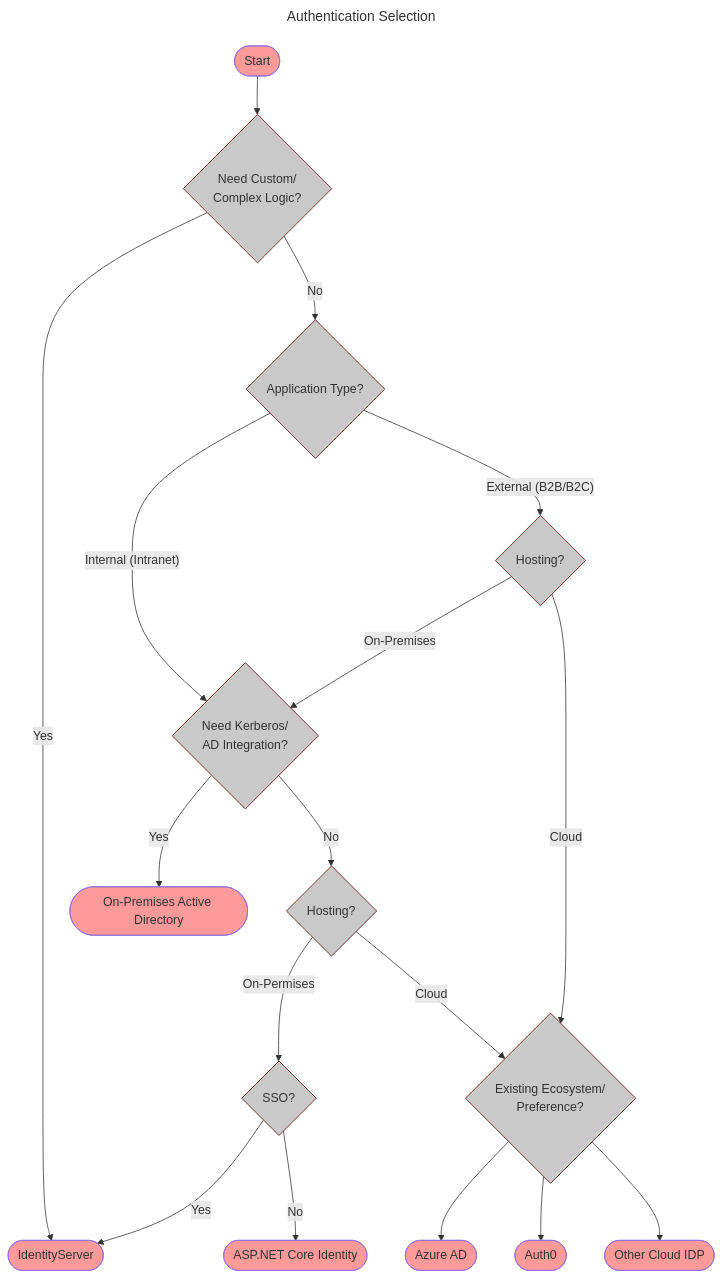
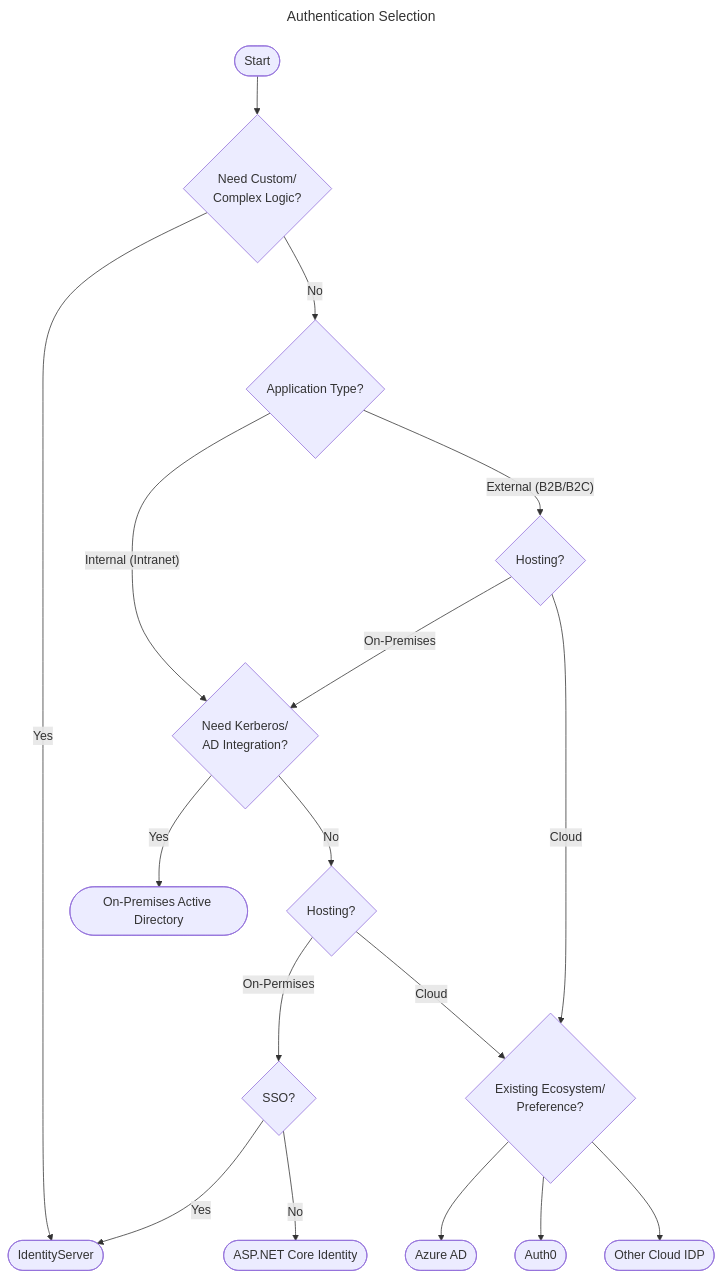
The tenth of 10 diagrams in rules/test-2/rule.md (yaqi-lyu/SSW.Rules.Content), drawn with Mermaid before and after one commit.

````diff
--- a/rules/test-2/rule.md
+++ b/rules/test-2/rule.md
@@ -125,46 +125,31 @@
 ```mermaid
 ---
 type: diagram
 title: "Authentication Selection"
 ---
 flowchart
 
  Start(["Start"]) --> CustomLogic{"Need Custom/\nComplex Logic?"}
  
  CustomLogic -->|"Yes"| IdentityServer(["IdentityServer"])
  CustomLogic -->|"No"| AppType{"Application Type?"}
  
  AppType -->|"Internal (Intranet)"| Kerberos{"Need Kerberos/\nAD Integration?"}
  AppType -->|"External (B2B/B2C)"| Hosting{"Hosting?"}
  
  KerberosHosting{"Hosting?"} -->|"On-Permises"| SingleApp{"SSO?"}
  KerberosHosting -->|"Cloud"| Ecosystem{"Existing Ecosystem/\nPreference?"}
  
  Kerberos -->|"No"| KerberosHosting
  Kerberos -->|"Yes"| OnPremAD(["On-Premises Active Directory"])
  
  Hosting -->|"On-Premises"| Kerberos
  Hosting -->|"Cloud"| Ecosystem
 
  Ecosystem --> Azure(["Azure AD"])
  Ecosystem --> Auth0(["Auth0"])
  Ecosystem --> OtherIDP(["Other Cloud IDP"]) 
  
  SingleApp -->|"Yes"| IdentityServer
  SingleApp -->|"No"| NETCORE(["ASP.NET Core Identity"])
-
- style Hosting fill:#c9c9c9,stroke:#5e0000
- style IdentityServer fill:#fc9a9a
- style NETCORE fill:#fc9a9a
- style Start fill:#fc9a9a
- style CustomLogic fill:#c9c9c9,stroke:#5e0000
- style OtherIDP fill:#fc9a9a
- style Auth0 fill:#fc9a9a
- style Azure fill:#fc9a9a
- style OnPremAD fill:#fc9a9a
- style Ecosystem fill:#c9c9c9,stroke:#5e0000
- style KerberosHosting fill:#c9c9c9,stroke:#5e0000
- style SingleApp fill:#c9c9c9,stroke:#5e0000
- style Kerberos fill:#c9c9c9,stroke:#5e0000
- style AppType fill:#c9c9c9,stroke:#5e0000
 ```
````
